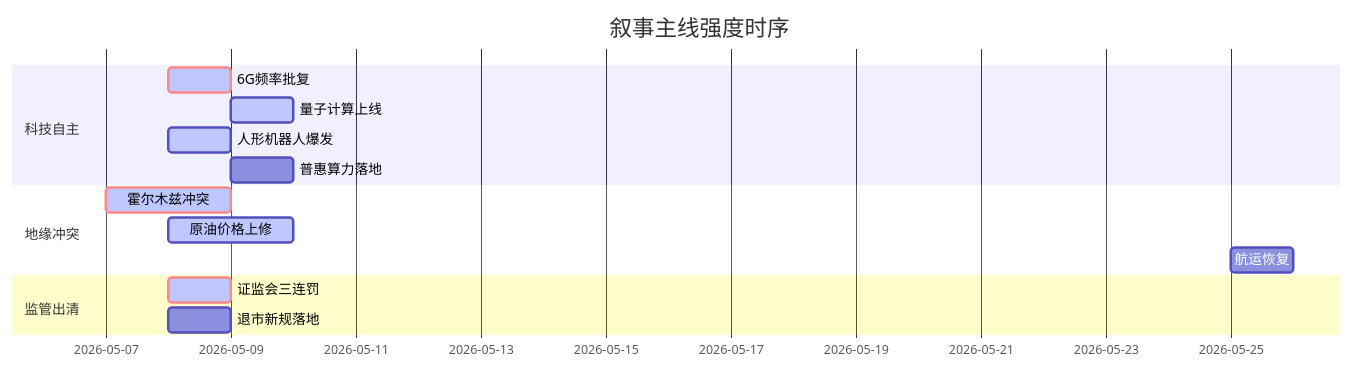
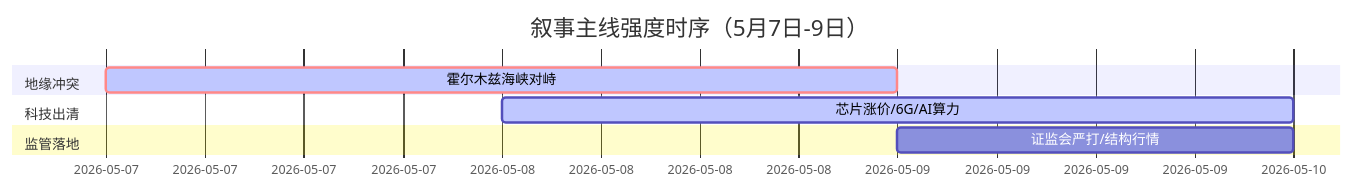
Before and after one commit to uu5zn/uu5zn.github.io: the diagram in 5day_report.md, drawn with Mermaid. The commit also changed other lines of this file and 20 other files, not shown here.

````diff
--- a/5day_report.md
+++ b/5day_report.md
@@ -56,19 +64,11 @@
 ```mermaid
 gantt
-    title 叙事主线强度时序
+    title 叙事主线强度时序（5月7日‑9日）
     dateFormat  YYYY-MM-DD
-    section 科技自主
-    6G频率批复     :crit, active, 2026-05-08, 1d
-    量子计算上线   :active, 2026-05-09, 1d
-    人形机器人爆发 :active, 2026-05-08, 1d
-    普惠算力落地   :2026-05-09, 1d
-
     section 地缘冲突
-    霍尔木兹冲突   :crit, active, 2026-05-07, 2d
-    原油价格上修   :active, 2026-05-08, 2d
-    航运恢复       :2026-05-25, 1d
-
-    section 监管出清
-    证监会三连罚   :crit, active, 2026-05-08, 1d
-    退市新规落地   :2026-05-08, 1d
+    霍尔木兹海峡对峙   :crit, active, 2026-05-07, 2d
+    section 科技出清
+    芯片涨价/6G/AI算力 :active, 2026-05-08, 2d
+    section 监管落地
+    证监会严打/结构行情 :2026-05-09, 1d
 ```
````
